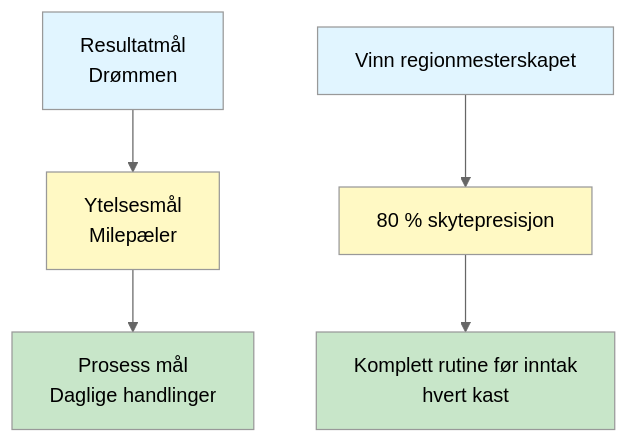
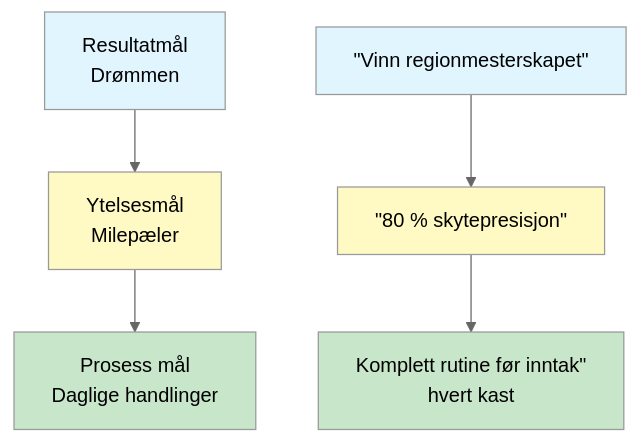
The diagram in docs/no/education/goals/index.md (patwii/petanque-academy), drawn with Mermaid (neutral theme) before and after one commit. The commit also changed other lines of this file and 532 other files, not shown here.

````diff
--- a/docs/no/education/goals/index.md
+++ b/docs/no/education/goals/index.md
@@ -42,15 +42,15 @@
 ```mermaid
 graph TD
     A[Resultatmål <br/> Drømmen] --> B[Ytelsesmål <br/> Milepæler]
     B --> C[Prosess mål <br/> Daglige handlinger]
 
-    A2["Vinn regionmesterskapet"] --> B2["80 % skytepresisjon"]
-    B2 --> C2["Komplett rutine før inntak<br/>hvert kast"]
+    A2[&quot;Vinn regionmesterskapet&quot;] --> B2[&quot;80 % skytepresisjon&quot;]
+    B2 --> C2[&quot;Komplett rutine før inntak&quot; <br/> hvert kast&quot;]
 
     style A fill:#e1f5ff
     style B fill:#fff9c4
     style C fill:#c8e6c9
     style A2 fill:#e1f5ff
     style B2 fill:#fff9c4
     style C2 fill:#c8e6c9
 ```
````
